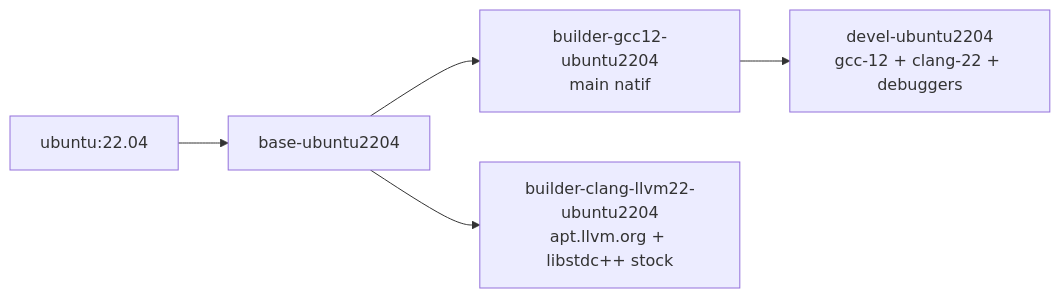
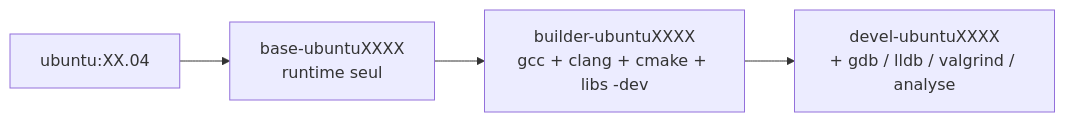
Before and after one commit to Silmaen/DockerImages: the fourth of 7 diagrams in README.md, drawn with Mermaid. The commit also changed other lines of this file and 26 other files, not shown here.

````diff
--- a/README.md
+++ b/README.md
@@ -168,7 +174,6 @@
 ```mermaid
 graph LR
-    U2204[ubuntu:22.04] --> B2204[base-ubuntu2204]
-    B2204 --> G12[builder-gcc12-ubuntu2204<br/>main natif]
-    B2204 --> C22[builder-clang-llvm22-ubuntu2204<br/>apt.llvm.org + libstdc++ stock]
-    G12 --> D[devel-ubuntu2204<br/>gcc-12 + clang-22 + debuggers]
+    U[ubuntu:XX.04] --> B["base-ubuntuXXXX<br/>runtime seul"]
+    B --> R["builder-ubuntuXXXX<br/>gcc + clang + cmake + libs -dev"]
+    R --> D["devel-ubuntuXXXX<br/>+ gdb / lldb / valgrind / analyse"]
 ```
````
